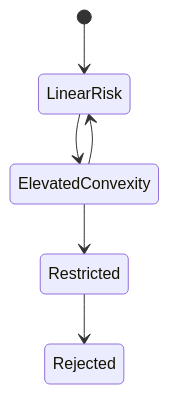
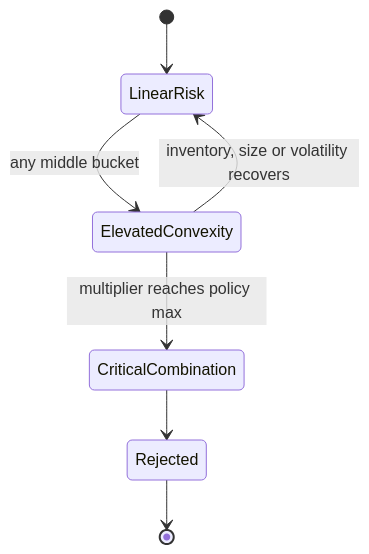
One commit to alvis-ai/production-grade-web3-rfq-market-maker changed the third of 3 diagrams in book/Volume3-RiskEngine/Chapter03-Gamma.md. Above: the diagram before and after it, drawn with Mermaid. The commit also changed other lines of this file and 29 other files, not shown here.

````diff
--- a/book/Volume3-RiskEngine/Chapter03-Gamma.md
+++ b/book/Volume3-RiskEngine/Chapter03-Gamma.md
@@ -83,8 +130,9 @@
 ```mermaid
 stateDiagram-v2
   [*] --> LinearRisk
-  LinearRisk --> ElevatedConvexity
-  ElevatedConvexity --> Restricted
-  Restricted --> Rejected
-  ElevatedConvexity --> LinearRisk
+  LinearRisk --> ElevatedConvexity: any middle bucket
+  ElevatedConvexity --> CriticalCombination: multiplier reaches policy max
+  CriticalCombination --> Rejected
+  ElevatedConvexity --> LinearRisk: inventory, size or volatility recovers
+  Rejected --> [*]
 ```
````
